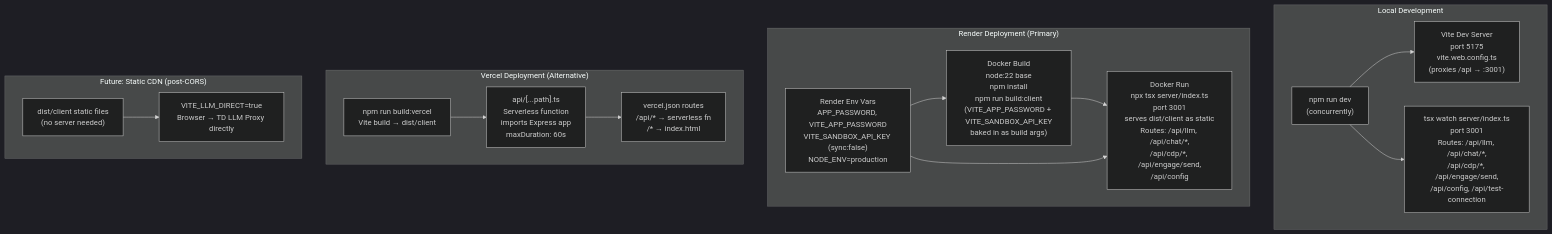
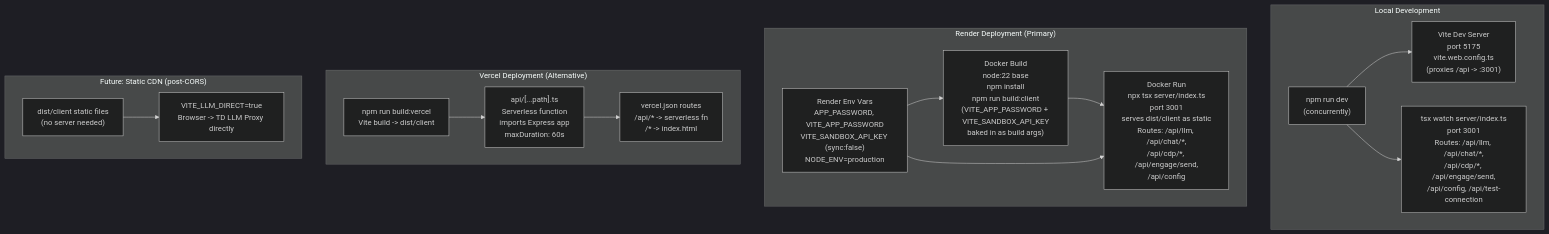
The eighth of 8 diagrams in docs/architecture.md (kristenzhoutd/experience-center), drawn with Mermaid (dark theme) before and after one commit. The commit also changed other lines of this file and 3 other files, not shown here.

````diff
--- a/docs/architecture.md
+++ b/docs/architecture.md
@@ -668,33 +668,33 @@
 ```mermaid
 graph TD
     subgraph LocalDev["Local Development"]
-        ViteServer["Vite Dev Server\nport 5175\nvite.web.config.ts\n(proxies /api → :3001)"]
+        ViteServer["Vite Dev Server\nport 5175\nvite.web.config.ts\n(proxies /api -> :3001)"]
         TSXWatch["tsx watch server/index.ts\nport 3001\nRoutes: /api/llm, /api/chat/*,\n/api/cdp/*, /api/engage/send,\n/api/config, /api/test-connection"]
         Concurrently["npm run dev\n(concurrently)"]
         Concurrently --> ViteServer
         Concurrently --> TSXWatch
     end
 
     subgraph RenderDeploy["Render Deployment (Primary)"]
         DockerBuild["Docker Build\nnode:22 base\nnpm install\nnpm run build:client\n(VITE_APP_PASSWORD + VITE_SANDBOX_API_KEY\nbaked in as build args)"]
         DockerRun["Docker Run\nnpx tsx server/index.ts\nport 3001\nserves dist/client as static\nRoutes: /api/llm, /api/chat/*,\n/api/cdp/*, /api/engage/send,\n/api/config"]
         RenderEnv["Render Env Vars\nAPP_PASSWORD, VITE_APP_PASSWORD\nVITE_SANDBOX_API_KEY (sync:false)\nNODE_ENV=production"]
         DockerBuild --> DockerRun
         RenderEnv --> DockerBuild
         RenderEnv --> DockerRun
     end
 
     subgraph VercelDeploy["Vercel Deployment (Alternative)"]
-        VercelBuild["npm run build:vercel\nVite build → dist/client"]
+        VercelBuild["npm run build:vercel\nVite build -> dist/client"]
         VercelFunc["api/[...path].ts\nServerless function\nimports Express app\nmaxDuration: 60s"]
-        VercelRoutes["vercel.json routes\n/api/* → serverless fn\n/* → index.html"]
+        VercelRoutes["vercel.json routes\n/api/* -> serverless fn\n/* -> index.html"]
         VercelBuild --> VercelFunc
         VercelFunc --> VercelRoutes
     end
 
     subgraph StaticFuture["Future: Static CDN (post-CORS)"]
         StaticFiles["dist/client static files\n(no server needed)"]
-        LLMDirect["VITE_LLM_DIRECT=true\nBrowser → TD LLM Proxy directly"]
+        LLMDirect["VITE_LLM_DIRECT=true\nBrowser -> TD LLM Proxy directly"]
         StaticFiles --> LLMDirect
     end
 ```
````
